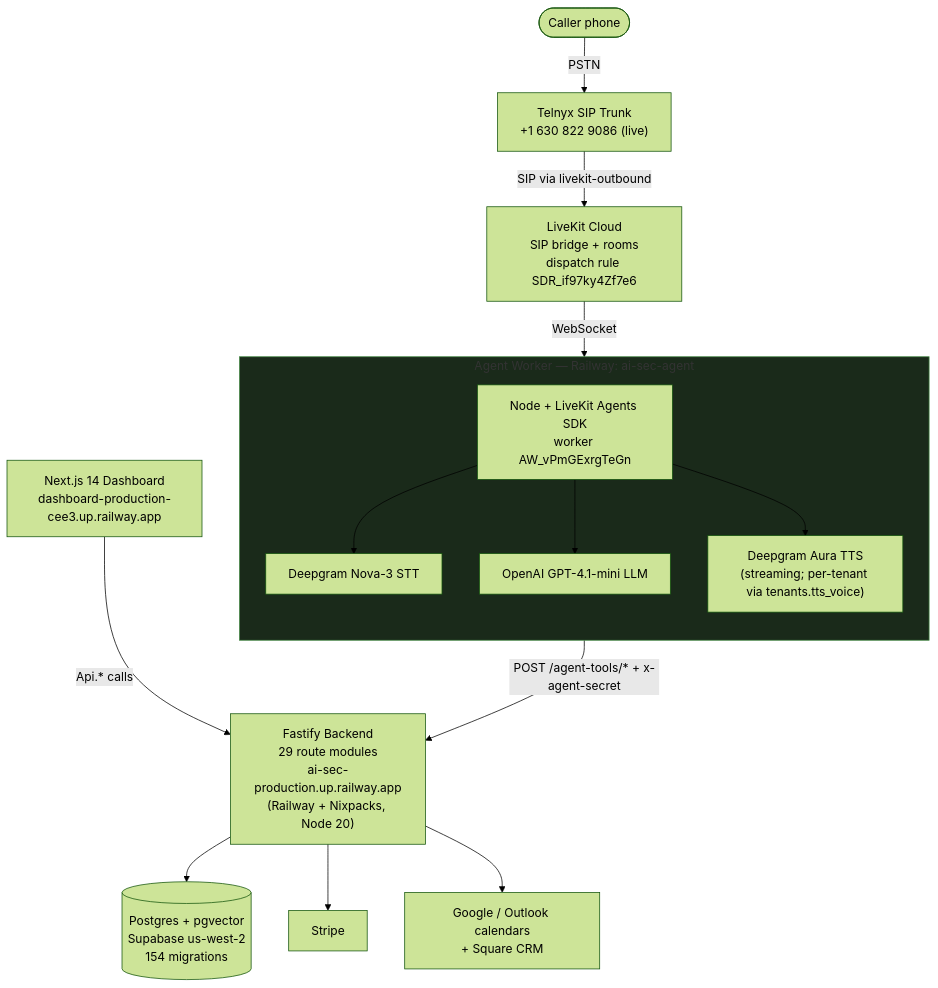
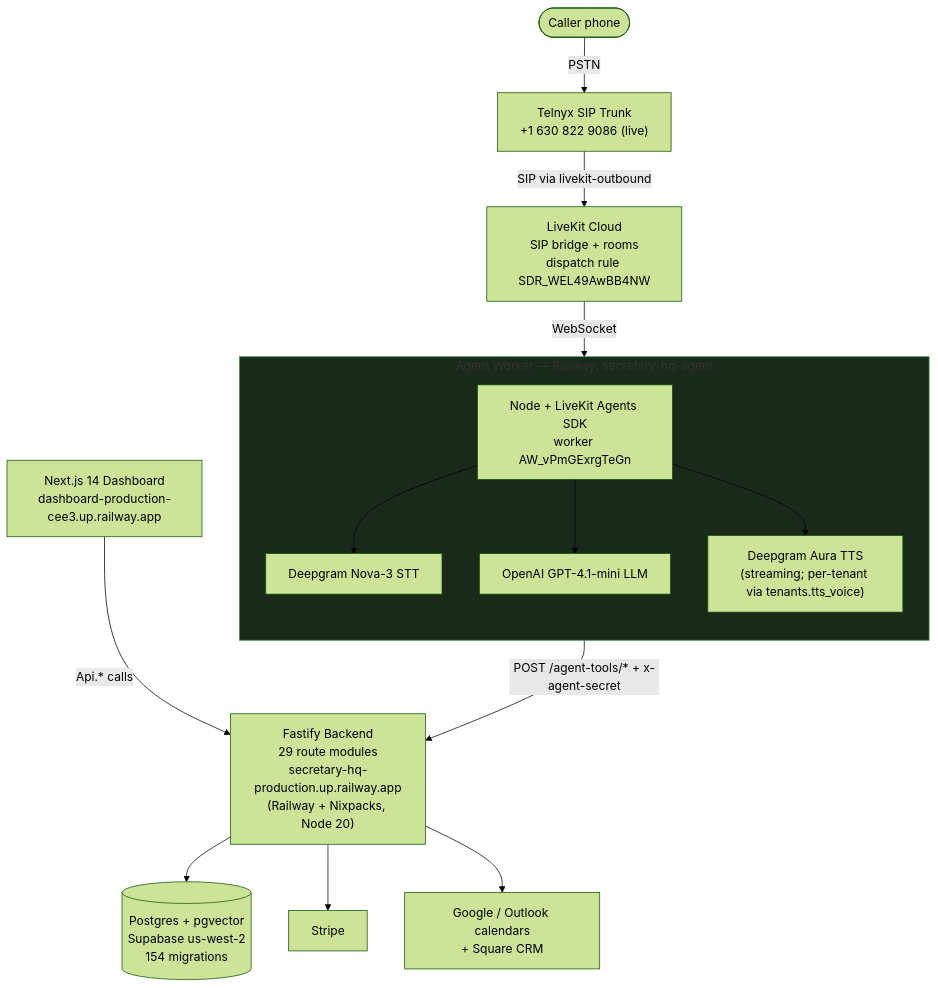
One commit to ddemott/ai-sec changed the first of 12 diagrams in docs/DIAGRAMS.md. Above: the diagram before and after it, drawn with Mermaid (forest theme). The commit also changed other lines of this file and 62 other files, not shown here.

````diff
--- a/docs/DIAGRAMS.md
+++ b/docs/DIAGRAMS.md
@@ -28,37 +28,37 @@
 ```mermaid
 flowchart TB
   Caller([Caller phone])
   Telnyx["Telnyx SIP Trunk<br/>+1 630 822 9086 (live)"]
   Caller -->|PSTN| Telnyx
 
-  LiveKit["LiveKit Cloud<br/>SIP bridge + rooms<br/>dispatch rule SDR_if97ky4Zf7e6"]
+  LiveKit["LiveKit Cloud<br/>SIP bridge + rooms<br/>dispatch rule SDR_WEL49AwBB4NW"]
   Telnyx -->|SIP via livekit-outbound| LiveKit
 
-  subgraph agentBox["Agent Worker — Railway: ai-sec-agent"]
+  subgraph agentBox["Agent Worker — Railway: secretary-hq-agent"]
     direction TB
     Agent["Node + LiveKit Agents SDK<br/>worker AW_vPmGExrgTeGn"]
     DG["Deepgram Nova-3 STT"]
     OAI["OpenAI GPT-4.1-mini LLM"]
     TTS["Deepgram Aura TTS<br/>(streaming; per-tenant via tenants.tts_voice)"]
     Agent --> DG
     Agent --> OAI
     Agent --> TTS
   end
 
   LiveKit -->|WebSocket| Agent
 
-  Fastify["Fastify Backend<br/>29 route modules<br/>ai-sec-production.up.railway.app<br/>(Railway + Nixpacks, Node 20)"]
+  Fastify["Fastify Backend<br/>29 route modules<br/>secretary-hq-production.up.railway.app<br/>(Railway + Nixpacks, Node 20)"]
   Agent -->|POST /agent-tools/* + x-agent-secret| Fastify
 
   Postgres[("Postgres + pgvector<br/>Supabase us-west-2<br/>154 migrations")]
   Stripe["Stripe"]
   Integrations["Google / Outlook calendars<br/>+ Square CRM"]
   Dashboard["Next.js 14 Dashboard<br/>dashboard-production-cee3.up.railway.app"]
 
   Fastify --> Postgres
   Fastify --> Stripe
   Fastify --> Integrations
   Dashboard -->|Api.* calls| Fastify
 
   style agentBox fill:#1a2a1a,stroke:#484
 ```
````
